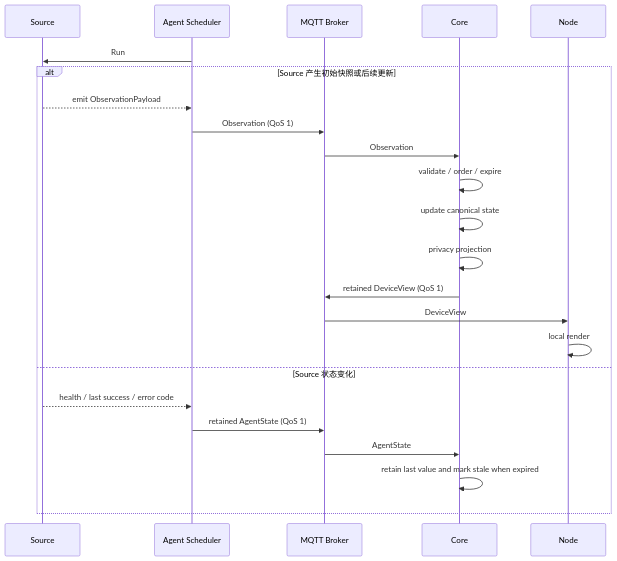
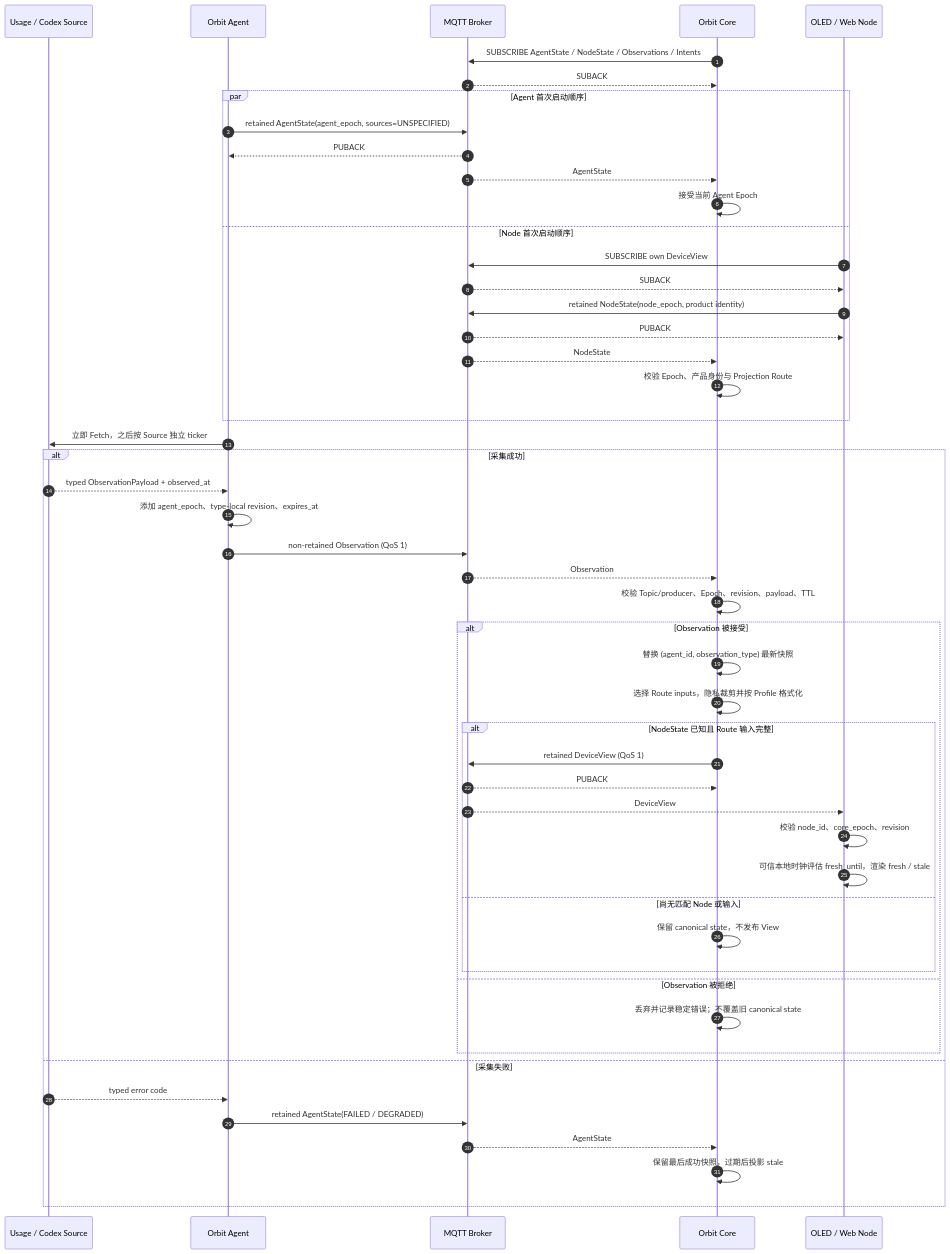
One commit to leowzz/orbit changed the fifth of 6 diagrams in docs/design.md. Above: the diagram before and after it, drawn with Mermaid. The commit also changed other lines of this file, not shown here.

````diff
--- a/docs/design.md
+++ b/docs/design.md
@@ -406,26 +521,54 @@
 ```mermaid
 sequenceDiagram
-    participant Source
-    participant Agent as Agent Scheduler
+    autonumber
+    participant Source as Usage / Codex Source
+    participant Agent as Orbit Agent
     participant MQTT as MQTT Broker
-    participant Core
-    participant Node
+    participant Core as Orbit Core
+    participant Node as OLED / Web Node
 
-    Agent->>Source: Run
-    alt Source 产生初始快照或后续更新
-        Source-->>Agent: emit ObservationPayload
-        Agent->>MQTT: Observation (QoS 1)
-        MQTT->>Core: Observation
-        Core->>Core: validate / order / expire
-        Core->>Core: update canonical state
-        Core->>Core: privacy projection
-        Core->>MQTT: retained DeviceView (QoS 1)
-        MQTT->>Node: DeviceView
-        Node->>Node: local render
-    else Source 状态变化
-        Source-->>Agent: health / last success / error code
-        Agent->>MQTT: retained AgentState (QoS 1)
-        MQTT->>Core: AgentState
-        Core->>Core: retain last value and mark stale when expired
+    Core->>MQTT: SUBSCRIBE AgentState / NodeState / Observations / Intents
+    MQTT-->>Core: SUBACK
+    par Agent 首次启动顺序
+        Agent->>MQTT: retained AgentState(agent_epoch, sources=UNSPECIFIED)
+        MQTT-->>Agent: PUBACK
+        MQTT-->>Core: AgentState
+        Core->>Core: 接受当前 Agent Epoch
+    and Node 首次启动顺序
+        Node->>MQTT: SUBSCRIBE own DeviceView
+        MQTT-->>Node: SUBACK
+        Node->>MQTT: retained NodeState(node_epoch, product identity)
+        MQTT-->>Node: PUBACK
+        MQTT-->>Core: NodeState
+        Core->>Core: 校验 Epoch、产品身份与 Projection Route
+    end
+
+    Agent->>Source: 立即 Fetch，之后按 Source 独立 ticker
+    alt 采集成功
+        Source-->>Agent: typed ObservationPayload + observed_at
+        Agent->>Agent: 添加 agent_epoch、type-local revision、expires_at
+        Agent->>MQTT: non-retained Observation (QoS 1)
+        MQTT-->>Core: Observation
+        Core->>Core: 校验 Topic/producer、Epoch、revision、payload、TTL
+        alt Observation 被接受
+            Core->>Core: 替换 (agent_id, observation_type) 最新快照
+            Core->>Core: 选择 Route inputs，隐私裁剪并按 Profile 格式化
+            alt NodeState 已知且 Route 输入完整
+                Core->>MQTT: retained DeviceView (QoS 1)
+                MQTT-->>Core: PUBACK
+                MQTT-->>Node: DeviceView
+                Node->>Node: 校验 node_id、core_epoch、revision
+                Node->>Node: 可信本地时钟评估 fresh_until，渲染 fresh / stale
+            else 尚无匹配 Node 或输入
+                Core->>Core: 保留 canonical state，不发布 View
+            end
+        else Observation 被拒绝
+            Core->>Core: 丢弃并记录稳定错误；不覆盖旧 canonical state
+        end
+    else 采集失败
+        Source-->>Agent: typed error code
+        Agent->>MQTT: retained AgentState(FAILED / DEGRADED)
+        MQTT-->>Core: AgentState
+        Core->>Core: 保留最后成功快照，过期后投影 stale
     end
 ```
````
